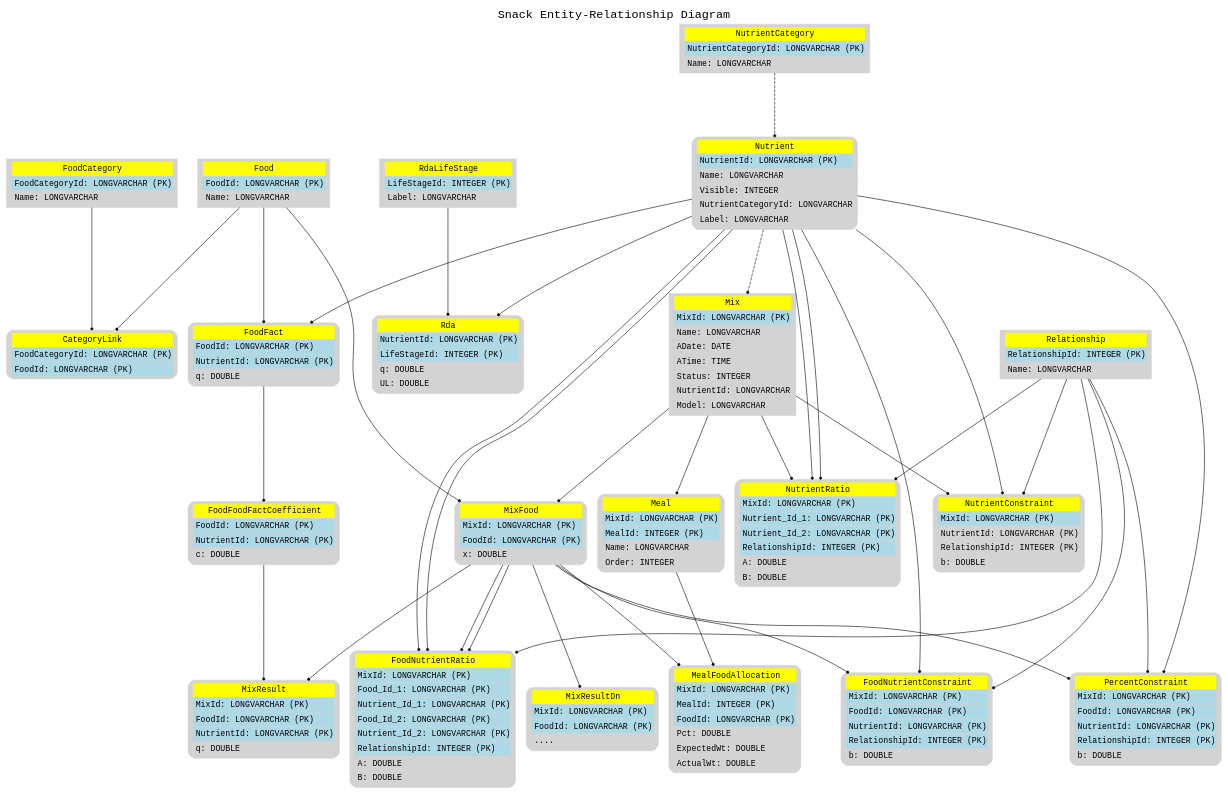
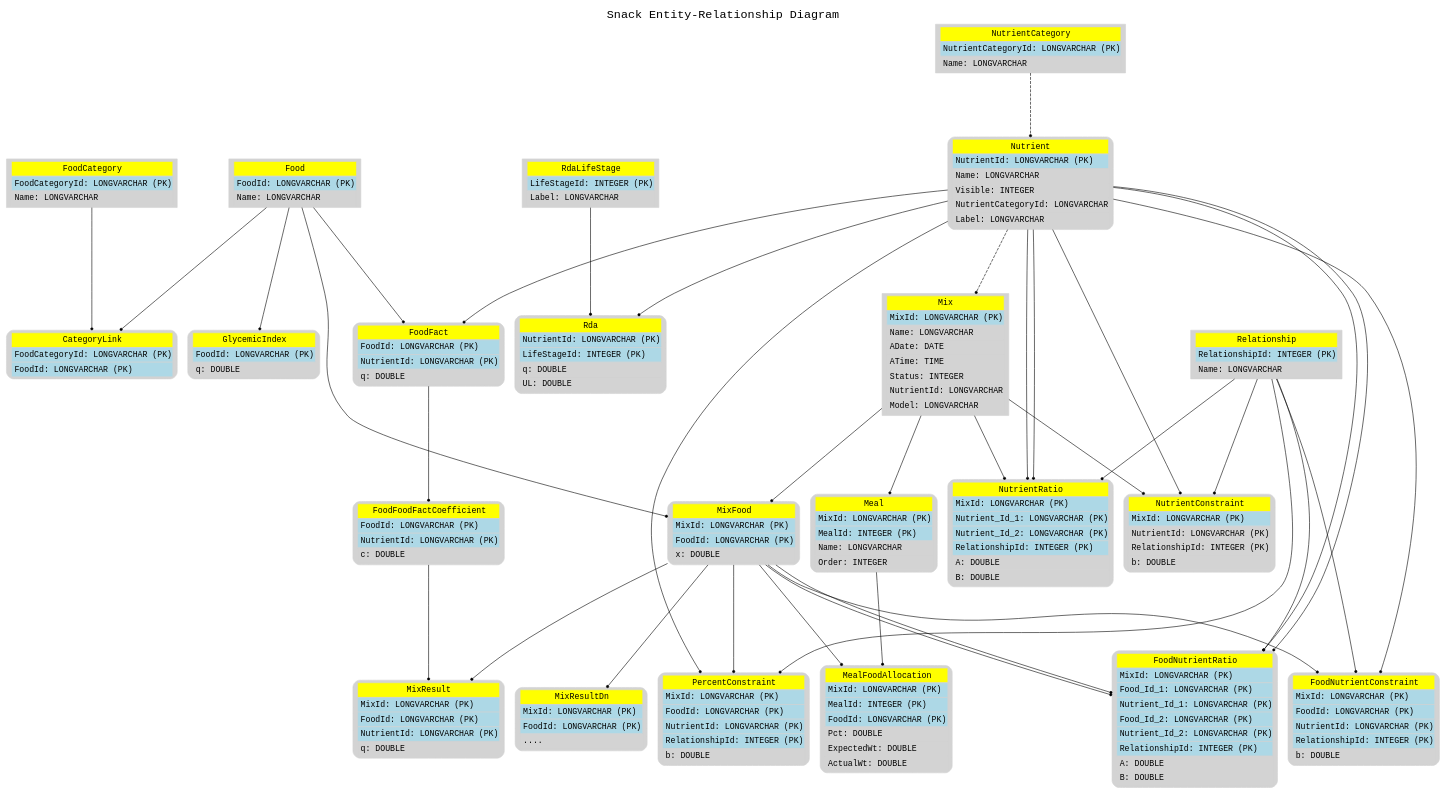
One commit to xjrga/snack changed the diagram in data/sql/other/erd.gv. Above: the diagram before and after it, drawn with Graphviz. The commit also changed 54 other files, not shown here.

```diff
--- a/data/sql/other/erd.gv
+++ b/data/sql/other/erd.gv
@@ -198,6 +198,13 @@
             <tr><td align="left">ActualWt: DOUBLE</td></tr>
         </table>
     >]
+   GlycemicIndex [shape=Mrecord, label=<
+        <table border="0" cellborder="1" cellspacing="0" cellpadding="4">
+            <tr><td bgcolor="yellow">GlycemicIndex</td></tr>
+            <tr><td bgcolor="lightblue" align="left">FoodId: LONGVARCHAR (PK)</td></tr>
+            <tr><td align="left">q: DOUBLE</td></tr>
+        </table>
+    >]
 
     edge [penwidth=1,fontname="Liberation Mono" len=5, arrowsize=0.5, arrowhead=dot, arrowtail=none, dir=forward, style=solid]
     "FoodCategory" -> "CategoryLink" [dir=forward,weight=1];
@@ -269,4 +276,7 @@
     "Meal" -> "MealFoodAllocation" [dir=forward,weight=1];
     edge [penwidth=1,fontname="Liberation Mono" len=5, arrowsize=0.5, arrowhead=dot, arrowtail=none, dir=forward, style=solid]
     "MixFood" -> "MealFoodAllocation" [dir=forward,weight=1];
+    edge [penwidth=1,fontname="Liberation Mono" len=5, arrowsize=0.5, arrowhead=dot, arrowtail=none, dir=forward, style=solid]
+    "Food" -> "GlycemicIndex" [dir=forward,weight=1];
+    
 }
```
